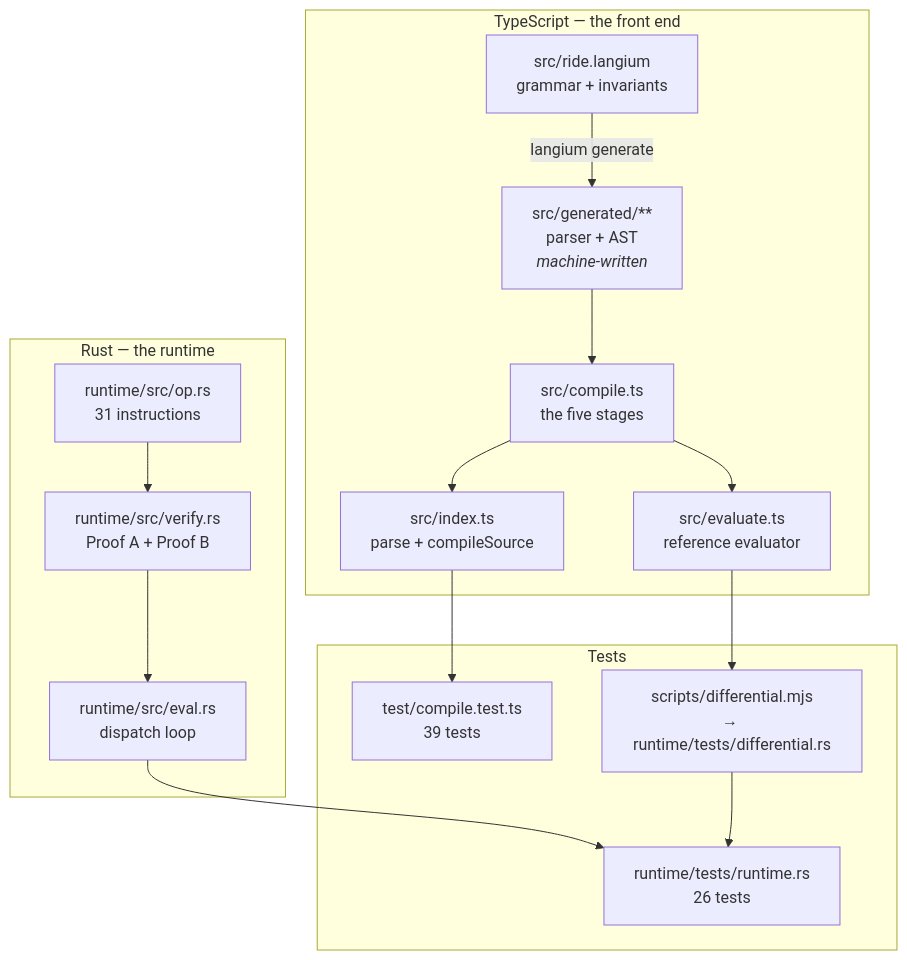
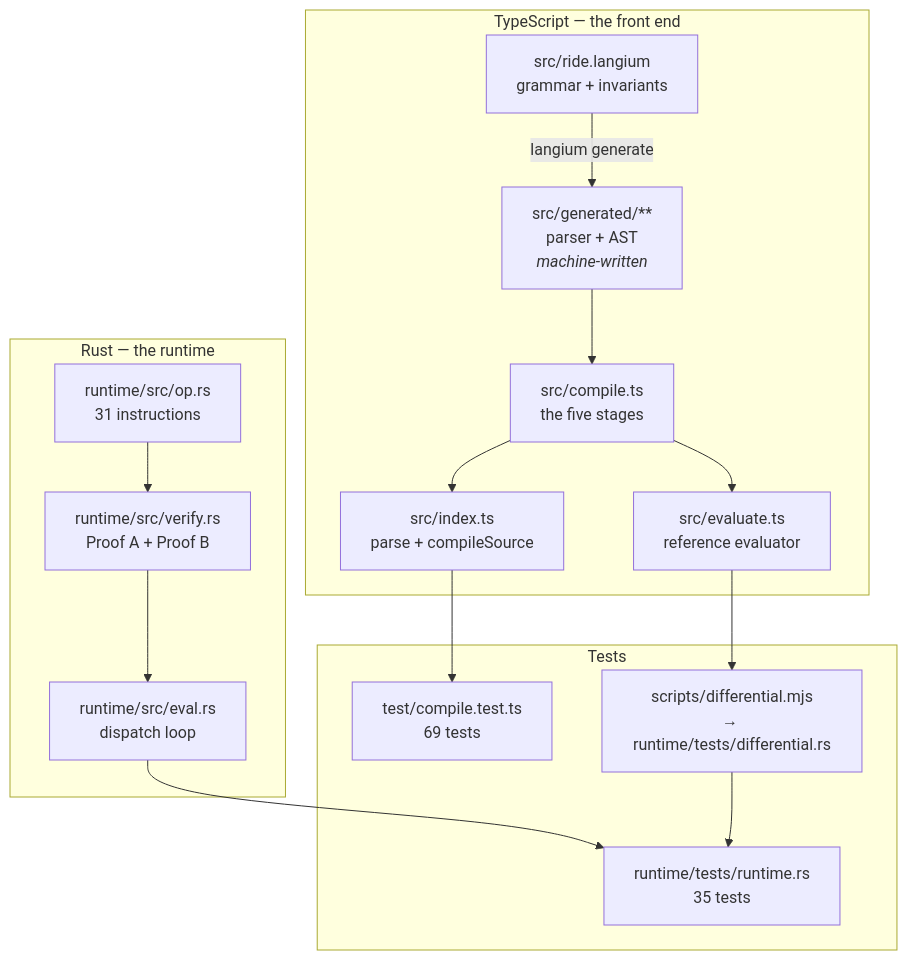
One commit to intaniger/ride-lang changed the third of 3 diagrams in docs/01-overview.md. Above: the diagram before and after it, drawn with Mermaid. The commit also changed 3 other files, not shown here.

First line of the commit message:
docs: update the test counts after the per-commit tests

````diff
--- a/docs/01-overview.md
+++ b/docs/01-overview.md
@@ -204,32 +204,32 @@
 ```mermaid
 flowchart TD
   subgraph TS["TypeScript — the front end"]
     G["src/ride.langium<br/>grammar + invariants"]
     GEN["src/generated/**<br/>parser + AST<br/><i>machine-written</i>"]
     CMP["src/compile.ts<br/>the five stages"]
     IDX["src/index.ts<br/>parse + compileSource"]
     EV["src/evaluate.ts<br/>reference evaluator"]
     G -->|langium generate| GEN
     GEN --> CMP
     CMP --> IDX
     CMP --> EV
   end
 
   subgraph RS["Rust — the runtime"]
     OP["runtime/src/op.rs<br/>31 instructions"]
     VER["runtime/src/verify.rs<br/>Proof A + Proof B"]
     RUN["runtime/src/eval.rs<br/>dispatch loop"]
     OP --> VER --> RUN
   end
 
   subgraph T["Tests"]
-    FT["test/compile.test.ts<br/>39 tests"]
-    RTT["runtime/tests/runtime.rs<br/>26 tests"]
+    FT["test/compile.test.ts<br/>69 tests"]
+    RTT["runtime/tests/runtime.rs<br/>35 tests"]
     DIF["scripts/differential.mjs<br/>→ runtime/tests/differential.rs"]
   end
 
   IDX --> FT
   RUN --> RTT
   EV --> DIF
   DIF --> RTT
 ```
````
